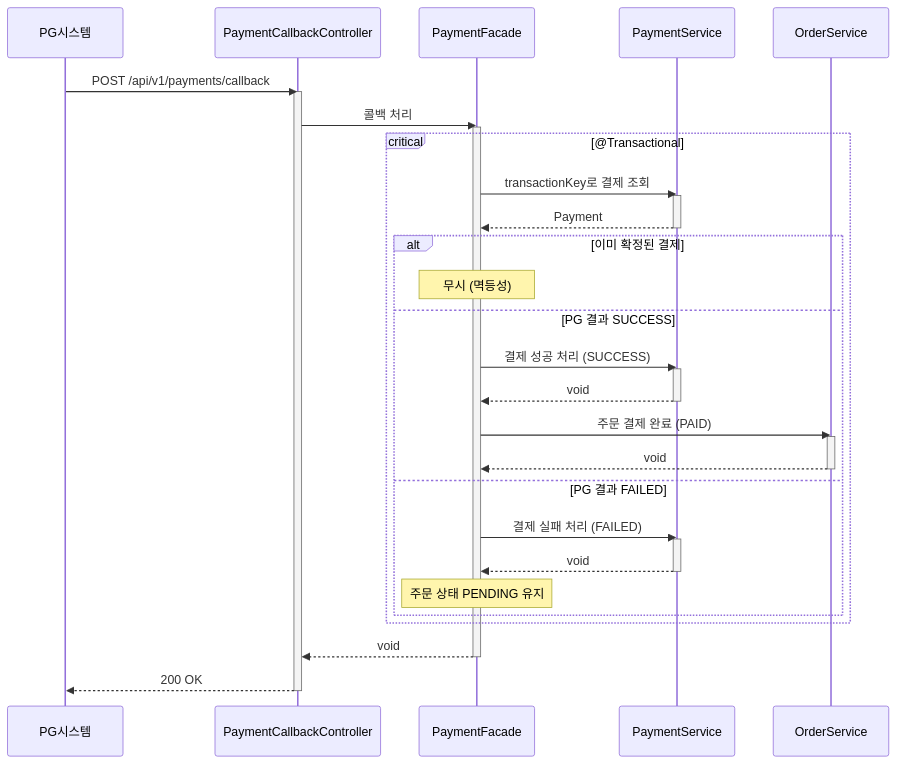
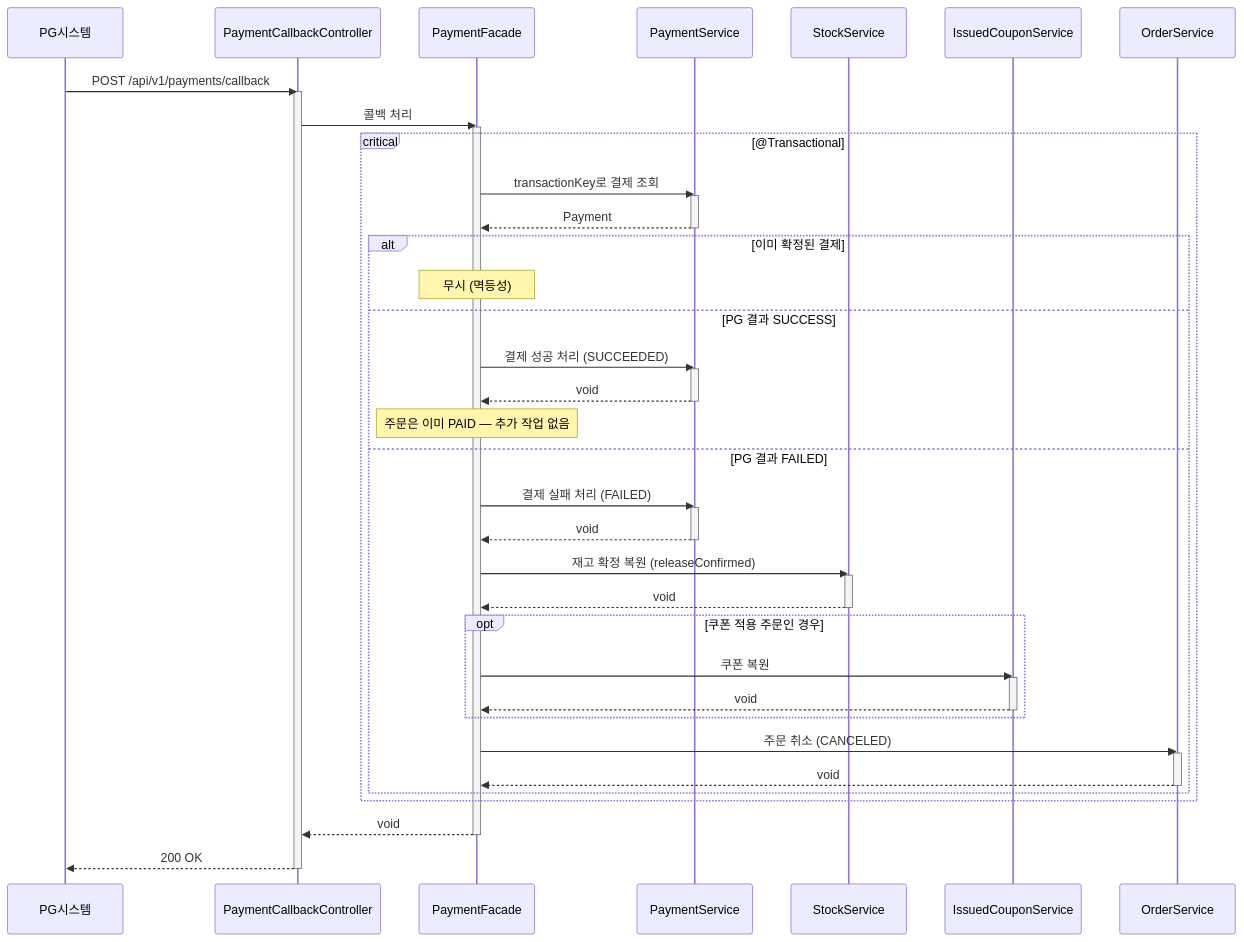
One commit to Loopers-dev-lab/loop-pack-be-l2-vol3-java changed the diagram in docs/design/payment/sequences/002-payment-callback.md. Above: the diagram before and after it, drawn with Mermaid. The commit also changed other lines of this file and 22 other files, not shown here.

````diff
--- a/docs/design/payment/sequences/002-payment-callback.md
+++ b/docs/design/payment/sequences/002-payment-callback.md
@@ -8,46 +8,60 @@
 ```mermaid
 sequenceDiagram
     participant PG시스템
     participant PC as PaymentCallbackController
     participant PF as PaymentFacade
     participant PS as PaymentService
+    participant SS as StockService
+    participant ICS as IssuedCouponService
     participant OS as OrderService
 
     PG시스템->>PC: POST /api/v1/payments/callback
     activate PC
     PC->>PF: 콜백 처리
     activate PF
 
     critical @Transactional
         PF->>PS: transactionKey로 결제 조회
         activate PS
         PS-->>PF: Payment
         deactivate PS
 
         alt 이미 확정된 결제
             Note over PF: 무시 (멱등성)
         else PG 결과 SUCCESS
-            PF->>PS: 결제 성공 처리 (SUCCESS)
+            PF->>PS: 결제 성공 처리 (SUCCEEDED)
             activate PS
             PS-->>PF: void
             deactivate PS
 
-            PF->>OS: 주문 결제 완료 (PAID)
-            activate OS
-            OS-->>PF: void
-            deactivate OS
+            Note over PF: 주문은 이미 PAID — 추가 작업 없음
         else PG 결과 FAILED
             PF->>PS: 결제 실패 처리 (FAILED)
             activate PS
             PS-->>PF: void
             deactivate PS
 
-            Note over PF: 주문 상태 PENDING 유지
+            PF->>SS: 재고 확정 복원 (releaseConfirmed)
+            activate SS
+            SS-->>PF: void
+            deactivate SS
+
+            opt 쿠폰 적용 주문인 경우
+                PF->>ICS: 쿠폰 복원
+                activate ICS
+                ICS-->>PF: void
+                deactivate ICS
+            end
+
+            PF->>OS: 주문 취소 (CANCELED)
+            activate OS
+            OS-->>PF: void
+            deactivate OS
         end
     end
 
     PF-->>PC: void
     deactivate PF
     PC-->>PG시스템: 200 OK
     deactivate PC
 ```
````
